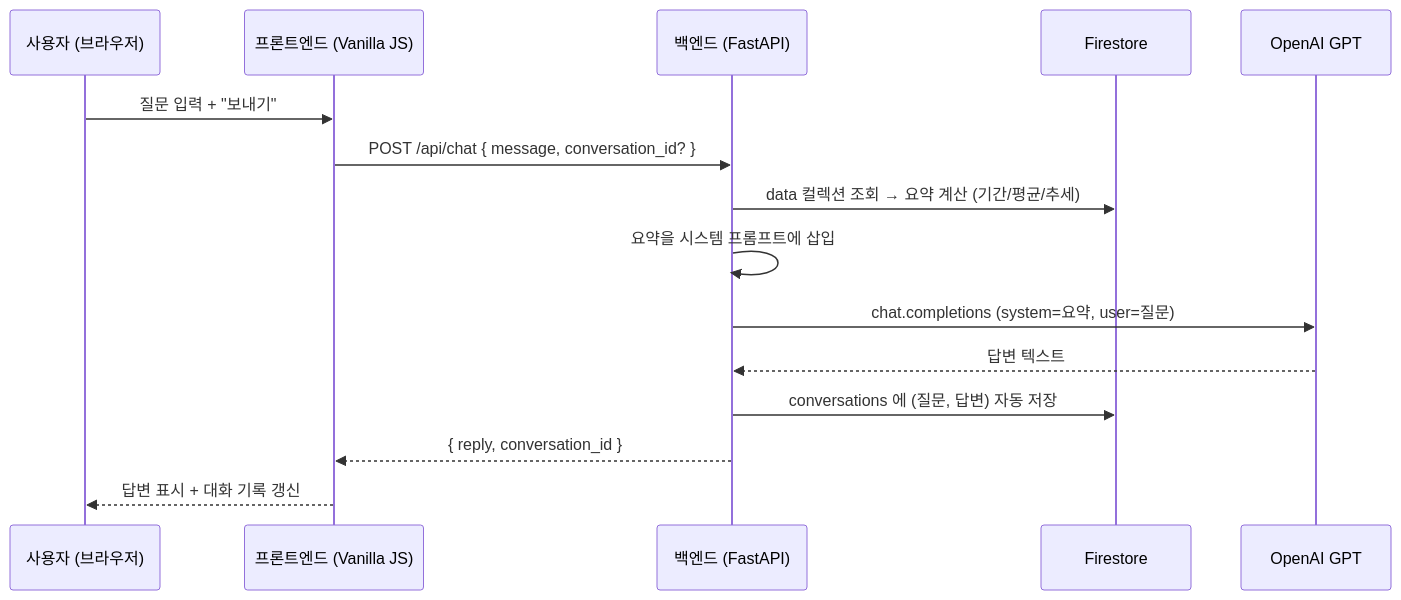
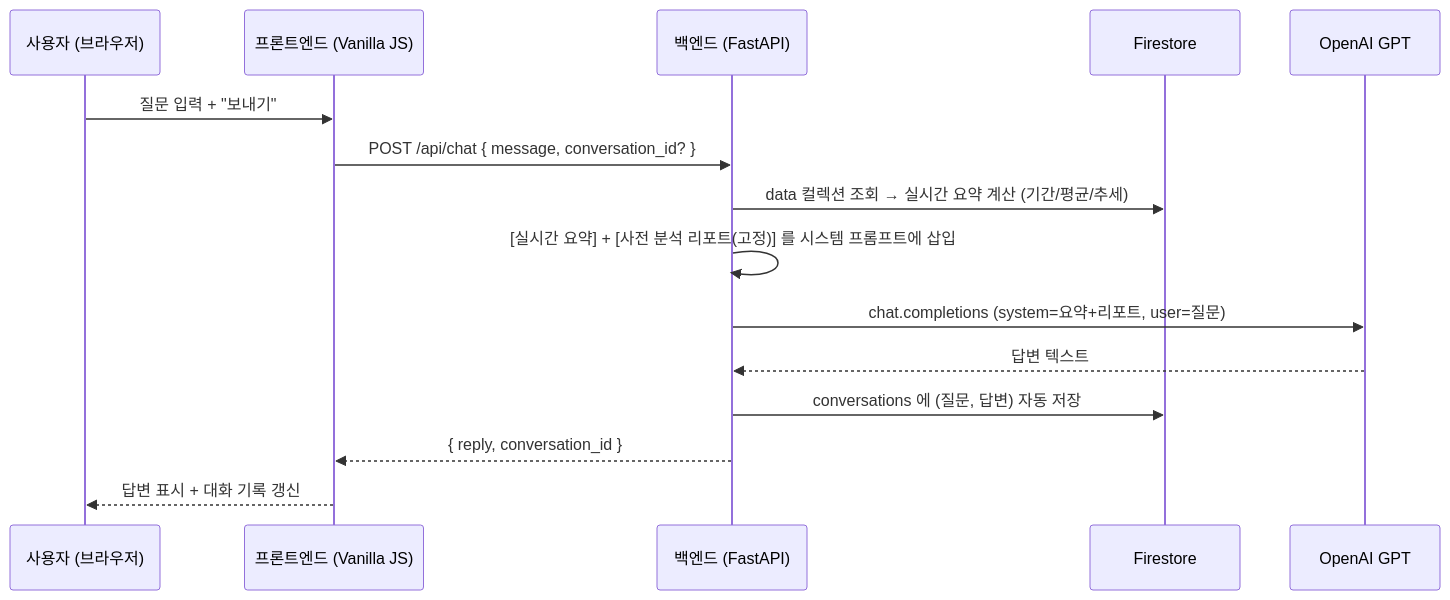
The diagram in README.md (Frost0313z/my-data-assistant), drawn with Mermaid before and after one commit. The commit also changed other lines of this file and 7 other files, not shown here.

````diff
--- a/README.md
+++ b/README.md
@@ -50,18 +50,18 @@
 ```mermaid
 sequenceDiagram
     participant U as 사용자 (브라우저)
     participant F as 프론트엔드 (Vanilla JS)
     participant B as 백엔드 (FastAPI)
     participant DB as Firestore
     participant AI as OpenAI GPT
 
     U->>F: 질문 입력 + "보내기"
     F->>B: POST /api/chat { message, conversation_id? }
-    B->>DB: data 컬렉션 조회 → 요약 계산 (기간/평균/추세)
-    B->>B: 요약을 시스템 프롬프트에 삽입
-    B->>AI: chat.completions (system=요약, user=질문)
+    B->>DB: data 컬렉션 조회 → 실시간 요약 계산 (기간/평균/추세)
+    B->>B: [실시간 요약] + [사전 분석 리포트(고정)] 를 시스템 프롬프트에 삽입
+    B->>AI: chat.completions (system=요약+리포트, user=질문)
     AI-->>B: 답변 텍스트
     B->>DB: conversations 에 (질문, 답변) 자동 저장
     B-->>F: { reply, conversation_id }
     F-->>U: 답변 표시 + 대화 기록 갱신
 ```
````
